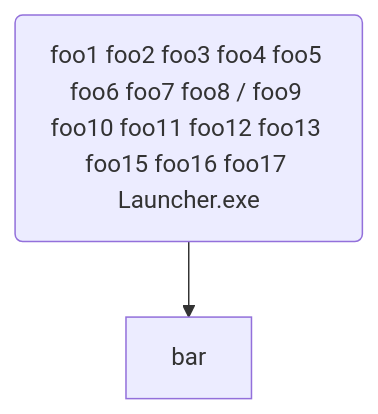
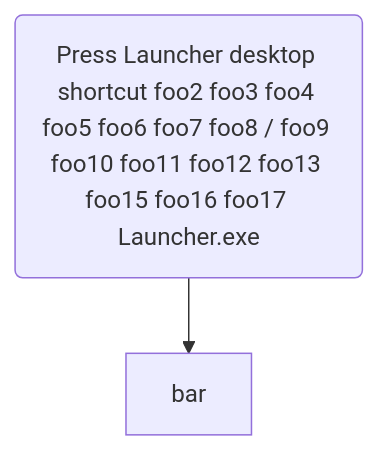
One commit to funjobie/OpenSwordArtsVR changed diagram 15 of 16 in sandbox/MerMaid_diagram_integration.md. Above: the diagram before and after it, drawn with Mermaid. The commit also changed other lines of this file, not shown here.

Commit message:
fix troubleshooting example

````diff
--- a/sandbox/MerMaid_diagram_integration.md
+++ b/sandbox/MerMaid_diagram_integration.md
@@ -200,4 +200,4 @@
 ```mermaid
 flowchart TD
-    foo("foo1 foo2 foo3 foo4 foo5 foo6 foo7 foo8 / foo9 foo10 foo11 foo12 foo13 foo15 foo16 foo17 Launcher.exe") --> bar
+    foo("Press Launcher desktop shortcut foo2 foo3 foo4 foo5 foo6 foo7 foo8 / foo9 foo10 foo11 foo12 foo13 foo15 foo16 foo17 Launcher.exe") --> bar
 ```
````
